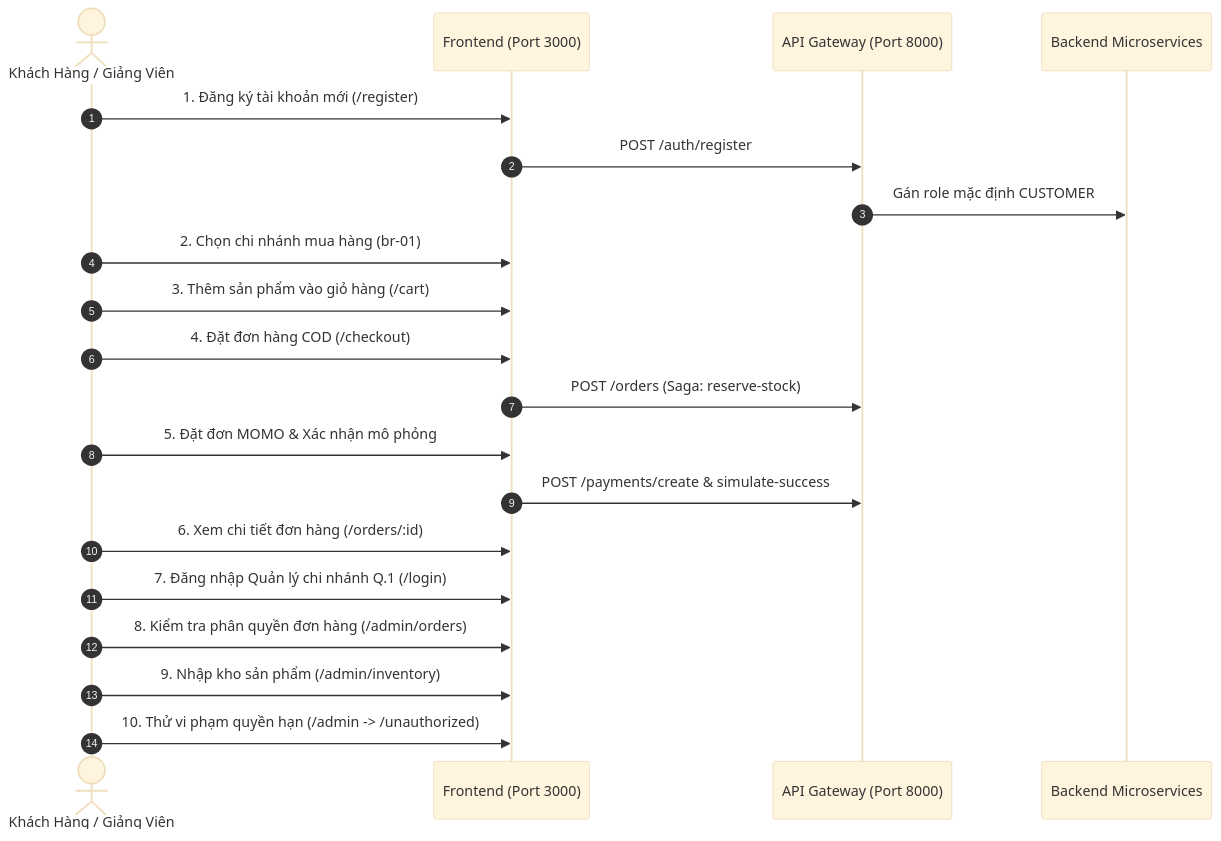
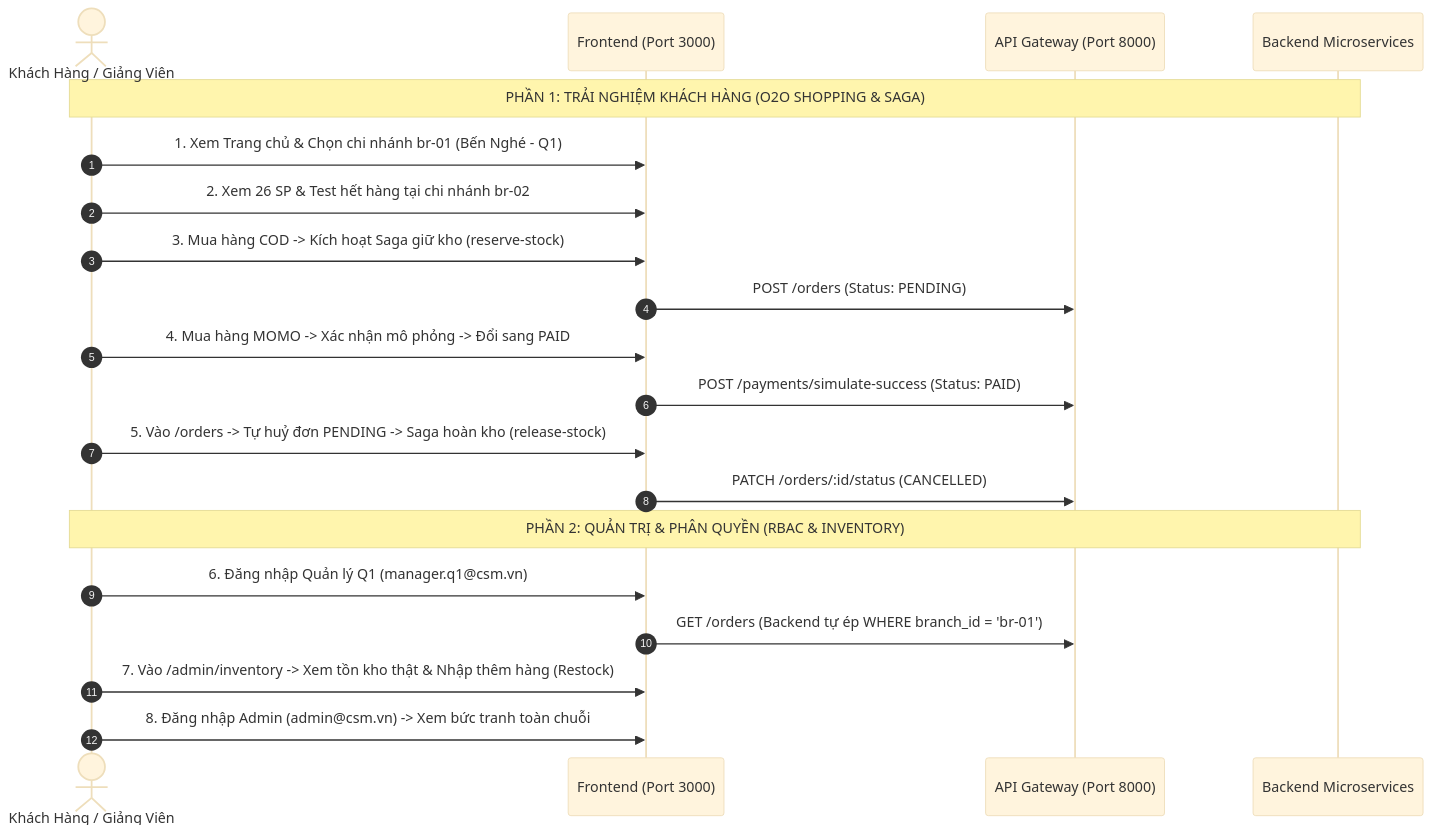
The diagram in docs/kich-ban-demo-5-phut.md (truonggiang205/CSM-BE), drawn with Mermaid (base theme) before and after one commit. The commit also changed other lines of this file, not shown here.

````diff
--- a/docs/kich-ban-demo-5-phut.md
+++ b/docs/kich-ban-demo-5-phut.md
@@ -23,23 +30,24 @@
 ```mermaid
 sequenceDiagram
     autonumber
     actor User as Khách Hàng / Giảng Viên
     participant FE as Frontend (Port 3000)
     participant GW as API Gateway (Port 8000)
     participant Core as Backend Microservices
     
-    User->>FE: 1. Đăng ký tài khoản mới (/register)
-    FE->>GW: POST /auth/register
-    GW->>Core: Gán role mặc định CUSTOMER
-    User->>FE: 2. Chọn chi nhánh mua hàng (br-01)
-    User->>FE: 3. Thêm sản phẩm vào giỏ hàng (/cart)
-    User->>FE: 4. Đặt đơn hàng COD (/checkout)
-    FE->>GW: POST /orders (Saga: reserve-stock)
-    User->>FE: 5. Đặt đơn MOMO & Xác nhận mô phỏng
-    FE->>GW: POST /payments/create & simulate-success
-    User->>FE: 6. Xem chi tiết đơn hàng (/orders/:id)
-    User->>FE: 7. Đăng nhập Quản lý chi nhánh Q.1 (/login)
-    User->>FE: 8. Kiểm tra phân quyền đơn hàng (/admin/orders)
-    User->>FE: 9. Nhập kho sản phẩm (/admin/inventory)
-    User->>FE: 10. Thử vi phạm quyền hạn (/admin -> /unauthorized)
+    Note over User,Core: PHẦN 1: TRẢI NGHIỆM KHÁCH HÀNG (O2O SHOPPING & SAGA)
+    User->>FE: 1. Xem Trang chủ & Chọn chi nhánh br-01 (Bến Nghé - Q1)
+    User->>FE: 2. Xem 26 SP & Test hết hàng tại chi nhánh br-02
+    User->>FE: 3. Mua hàng COD -> Kích hoạt Saga giữ kho (reserve-stock)
+    FE->>GW: POST /orders (Status: PENDING)
+    User->>FE: 4. Mua hàng MOMO -> Xác nhận mô phỏng -> Đổi sang PAID
+    FE->>GW: POST /payments/simulate-success (Status: PAID)
+    User->>FE: 5. Vào /orders -> Tự huỷ đơn PENDING -> Saga hoàn kho (release-stock)
+    FE->>GW: PATCH /orders/:id/status (CANCELLED)
+
+    Note over User,Core: PHẦN 2: QUẢN TRỊ & PHÂN QUYỀN (RBAC & INVENTORY)
+    User->>FE: 6. Đăng nhập Quản lý Q1 (manager.q1@csm.vn)
+    FE->>GW: GET /orders (Backend tự ép WHERE branch_id = 'br-01')
+    User->>FE: 7. Vào /admin/inventory -> Xem tồn kho thật & Nhập thêm hàng (Restock)
+    User->>FE: 8. Đăng nhập Admin (admin@csm.vn) -> Xem bức tranh toàn chuỗi
 ```
````
